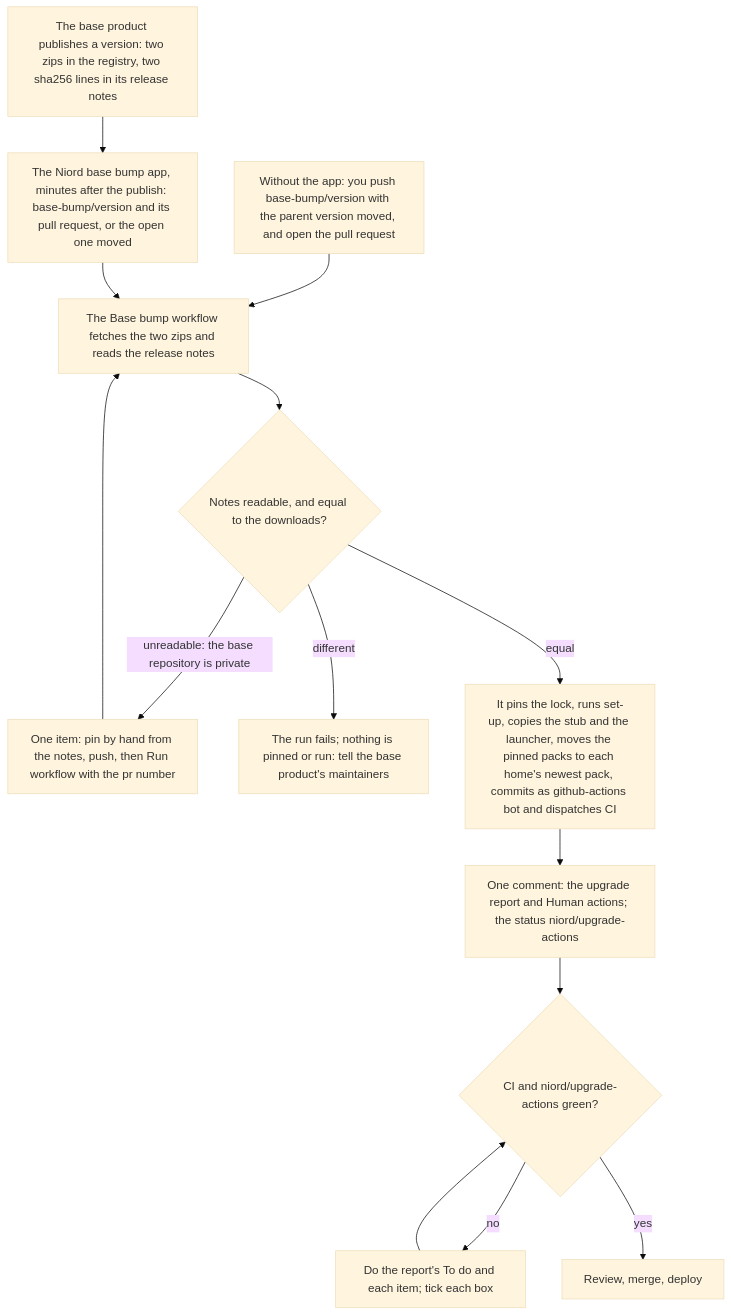
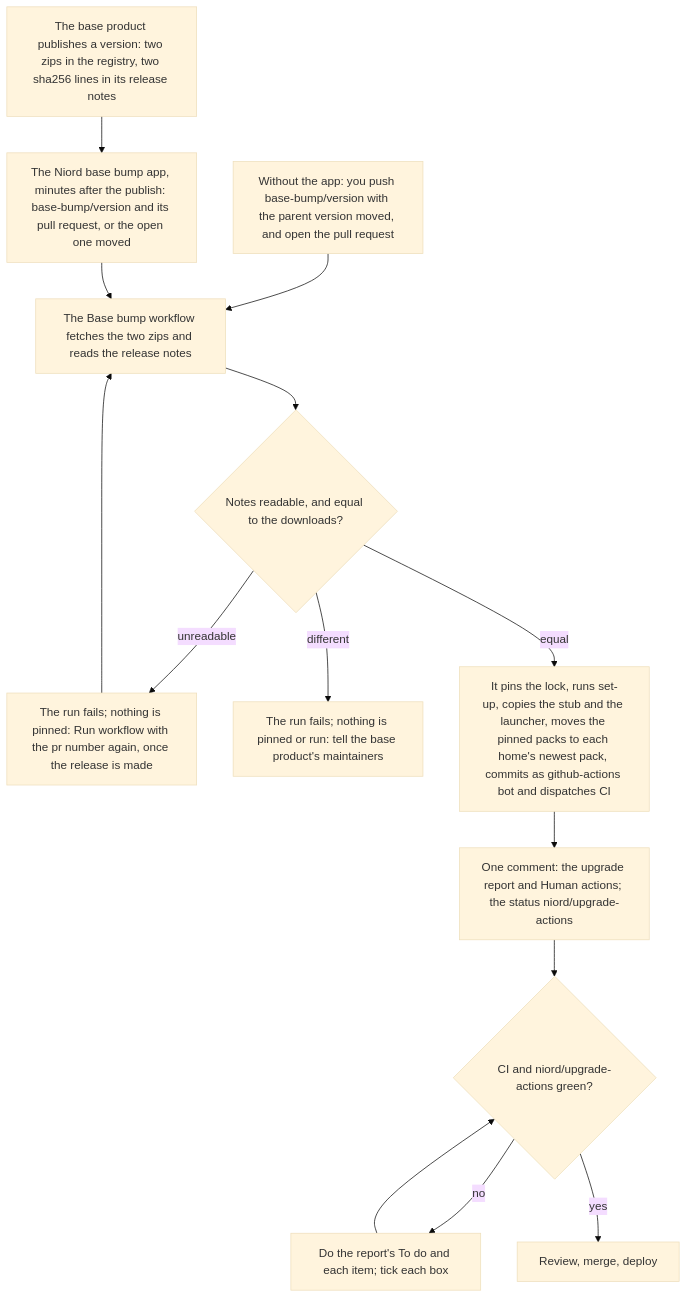
One commit to NiordOrg/niord4 changed the diagram in country-kit/docs/responsibilities-and-upgrades.md. Above: the diagram before and after it, drawn with Mermaid (base theme). The commit also changed other lines of this file and 11 other files, not shown here.

First line of the commit message:
refactor(kit): the Base bump reads the public release notes, no pin by hand (#4)

````diff
--- a/country-kit/docs/responsibilities-and-upgrades.md
+++ b/country-kit/docs/responsibilities-and-upgrades.md
@@ -132,16 +132,16 @@
 ```mermaid
 flowchart TD
   publish["The base product publishes a version: two zips in the registry, two sha256 lines in its release notes"] --> app["The Niord base bump app, minutes after the publish: base-bump/version and its pull request, or the open one moved"]
   byhand["Without the app: you push base-bump/version with the parent version moved, and open the pull request"] --> workflow
   app --> workflow["The Base bump workflow fetches the two zips and reads the release notes"]
   workflow --> notes{"Notes readable, and equal to the downloads?"}
-  notes -->|"unreadable: the base repository is private"| pin["One item: pin by hand from the notes, push, then Run workflow with the pr number"]
-  pin --> workflow
+  notes -->|"unreadable"| again["The run fails; nothing is pinned: Run workflow with the pr number again, once the release is made"]
+  again --> workflow
   notes -->|"different"| stop["The run fails; nothing is pinned or run: tell the base product's maintainers"]
   notes -->|"equal"| repin["It pins the lock, runs set-up, copies the stub and the launcher, moves the pinned packs to each home's newest pack, commits as github-actions bot and dispatches CI"]
   repin --> comment["One comment: the upgrade report and Human actions; the status niord/upgrade-actions"]
   comment --> green{"CI and niord/upgrade-actions green?"}
   green -- no --> todo["Do the report's To do and each item; tick each box"]
   todo --> green
   green -- yes --> merge["Review, merge, deploy"]
 ```
````
